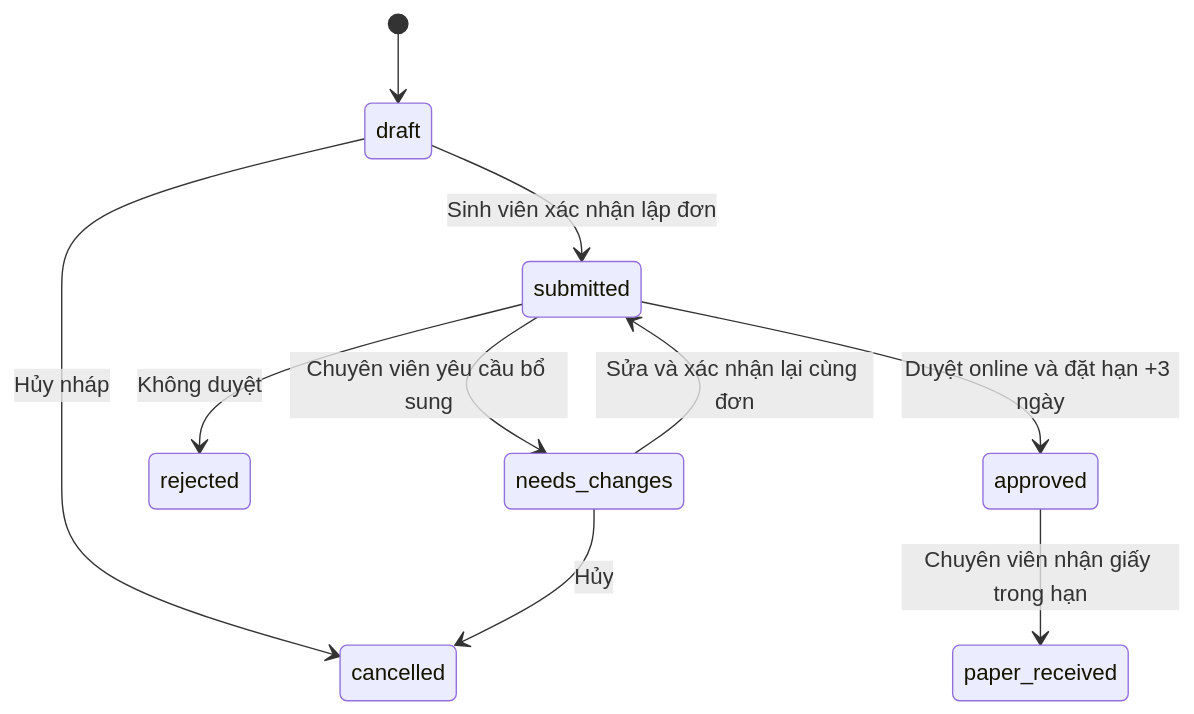
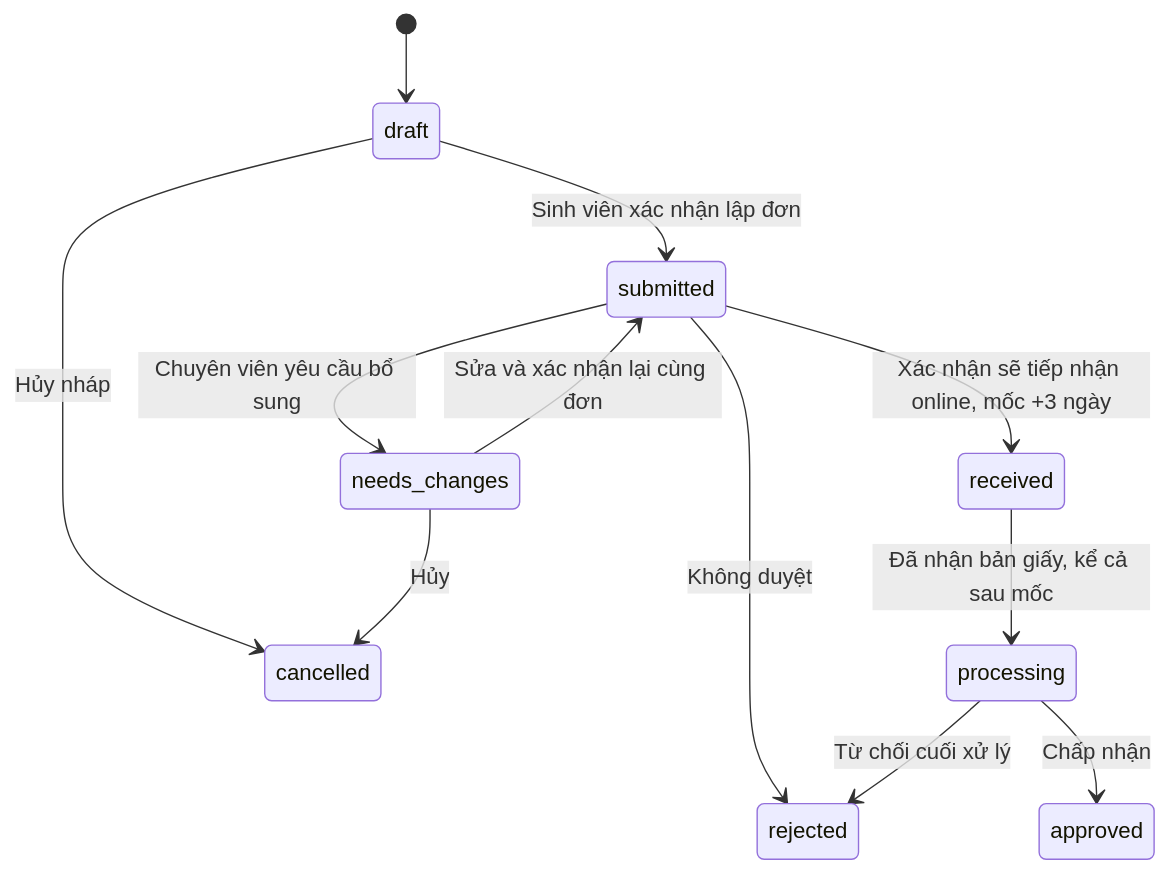
One commit to Lm-Sang/DUT-Student-Information-Backend changed the diagram in docs/ACADEMIC_LEAVE_API.md. Above: the diagram before and after it, drawn with Mermaid. The commit also changed other lines of this file and 128 other files, not shown here.

````diff
--- a/docs/ACADEMIC_LEAVE_API.md
+++ b/docs/ACADEMIC_LEAVE_API.md
@@ -61,12 +63,14 @@
 ```mermaid
 stateDiagram-v2
   [*] --> draft
   draft --> submitted: Sinh viên xác nhận lập đơn
   draft --> cancelled: Hủy nháp
   submitted --> needs_changes: Chuyên viên yêu cầu bổ sung
   needs_changes --> submitted: Sửa và xác nhận lại cùng đơn
   needs_changes --> cancelled: Hủy
   submitted --> rejected: Không duyệt
-  submitted --> approved: Duyệt online và đặt hạn +3 ngày
-  approved --> paper_received: Chuyên viên nhận giấy trong hạn
+  submitted --> received: Xác nhận sẽ tiếp nhận online, mốc +3 ngày
+  received --> processing: Đã nhận bản giấy, kể cả sau mốc
+  processing --> approved: Chấp nhận
+  processing --> rejected: Từ chối cuối xử lý
 ```
````
